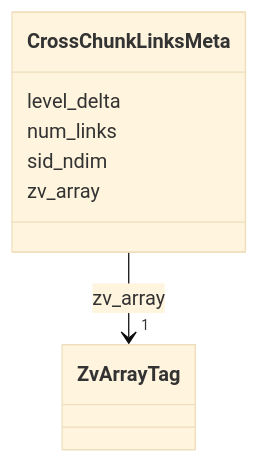
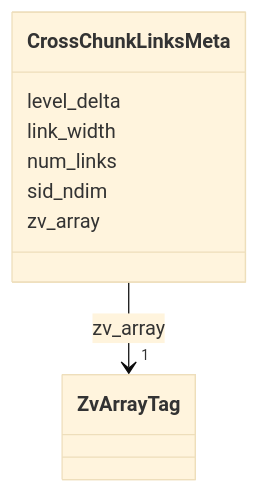
The fifth of 14 diagrams in schema/reference.md (BRIDGE-Neuroscience/zarr-vectors-py), drawn with Mermaid (base theme) before and after one commit. The commit also changed other lines of this file and 29 other files, not shown here.

````diff
--- a/schema/reference.md
+++ b/schema/reference.md
@@ -2737,23 +2452,25 @@
 ```mermaid
  classDiagram
     class CrossChunkLinksMeta
     click CrossChunkLinksMeta href "../CrossChunkLinksMeta/"
       CrossChunkLinksMeta : level_delta
+        
+      CrossChunkLinksMeta : link_width
         
       CrossChunkLinksMeta : num_links
         
       CrossChunkLinksMeta : sid_ndim
         
       CrossChunkLinksMeta : zv_array
         
           
     
         
         
         CrossChunkLinksMeta --> "1" ZvArrayTag : zv_array
         click ZvArrayTag href "../ZvArrayTag/"
     
 
         
       
 ```
````
